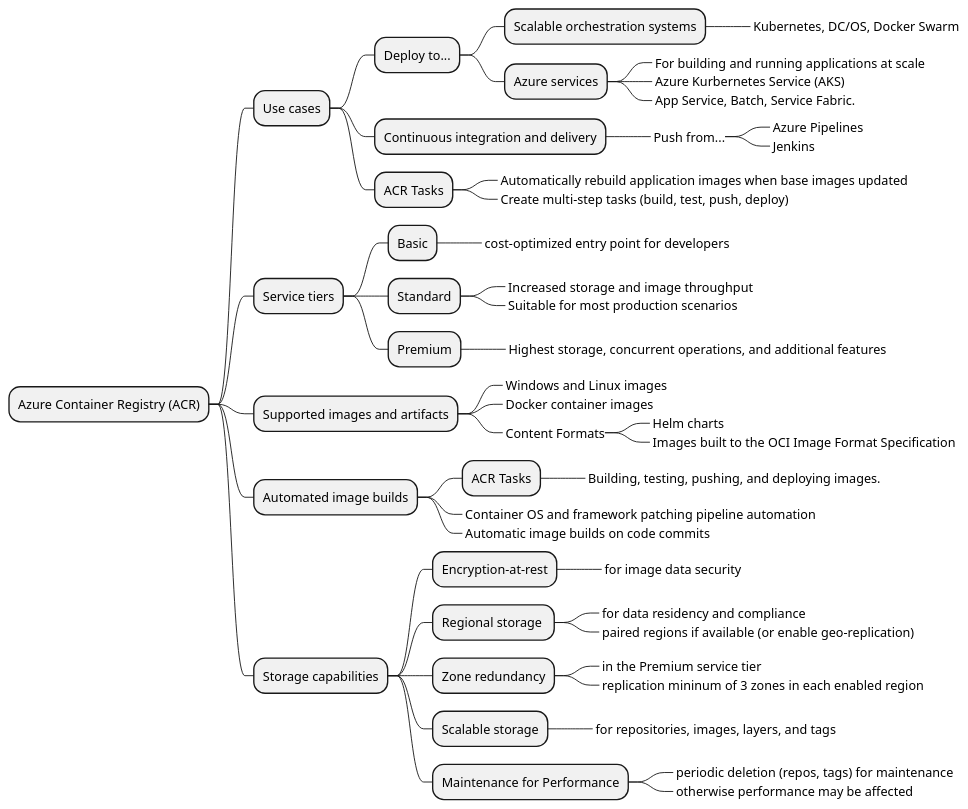
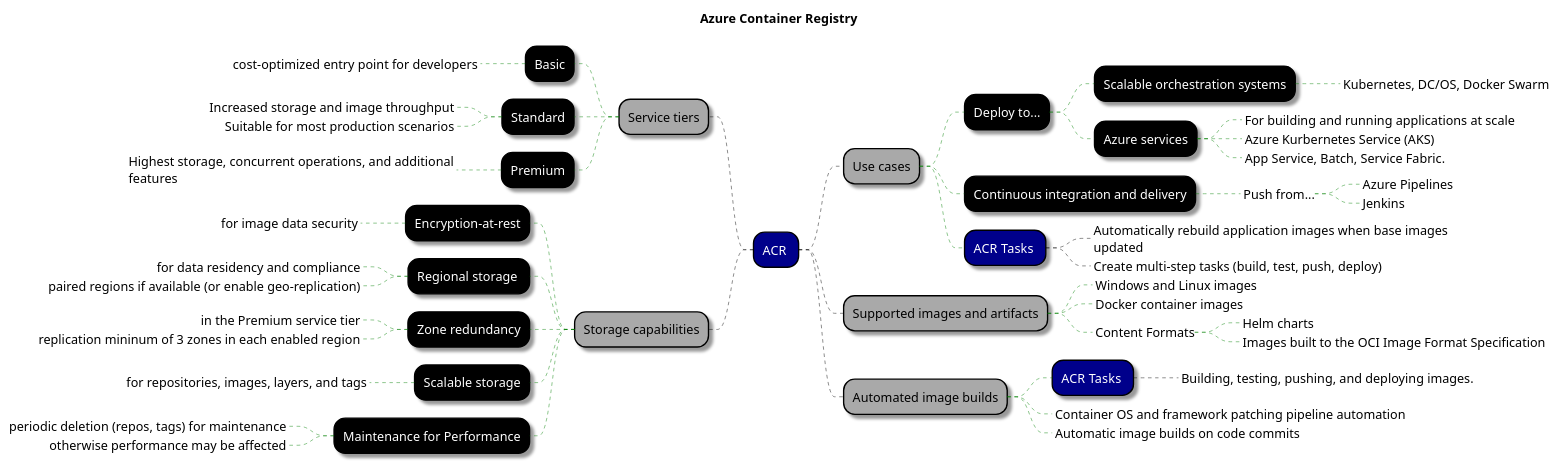
The diagram in 03 - containerized-solutions/diagrams/container-registry.plantuml (bobbyache/AZ-204), drawn with PlantUML before and after one commit. The commit also changed 6 other files, not shown here.

```diff
--- a/03 - containerized-solutions/diagrams/container-registry.plantuml
+++ b/03 - containerized-solutions/diagrams/container-registry.plantuml
@@ -1,54 +1,98 @@
-@startmindmap
+@startmindmap "Azure Container Registry"
 
-+ Azure Container Registry (ACR)
+title Azure Container Registry
+
+<style>
+    mindMapDiagram {
+        .root {
+            BackgroundColor darkblue
+            LineColor black
+            FontColor white
+        }
+
+        node {
+            FontColor white
+            LineColor black
+            BackgroundColor black
+            Shadowing 2.0
+            RoundCorner 25
+        }
+        :depth(0) {
+            FontColor black
+            LineColor white
+            BackgroundColor white
+            Shadowing 0.0
+        }
+        :depth(1) {
+            FontColor black
+            BackgroundColor darkgrey
+            Shadowing 2.0
+        }
+
+        arrow {
+            LineStyle 4
+            LineThickness 0.5
+            LineColor green
+        }
+
+        boxless {
+            FontColor black
+            Margin 10
+            Padding 10
+            MaximumWidth 400
+        }
+    }
+</style>
+
++ ACR <<root>>
 ++ Use cases
 +++ Deploy to...
 ++++ Scalable orchestration systems
 +++++_ Kubernetes, DC/OS, Docker Swarm
 ++++ Azure services
 +++++_ For building and running applications at scale
 +++++_ Azure Kurbernetes Service (AKS)
 +++++_ App Service, Batch, Service Fabric.
 +++ Continuous integration and delivery
 ++++_ Push from...
 +++++_ Azure Pipelines
 +++++_ Jenkins
-+++ ACR Tasks
++++ ACR Tasks <<root>>
 ++++_ Automatically rebuild application images when base images updated
 ++++_ Create multi-step tasks (build, test, push, deploy)
-++ Service tiers
-+++ Basic
-++++_ cost-optimized entry point for developers
-+++ Standard
-++++_ Increased storage and image throughput
-++++_ Suitable for most production scenarios
-+++ Premium
-++++_ Highest storage, concurrent operations, and additional features
+-- Service tiers
+--- Basic
+----_ cost-optimized entry point for developers
+--- Standard
+----_ Increased storage and image throughput
+----_ Suitable for most production scenarios
+--- Premium
+----_ Highest storage, concurrent operations, and additional features
 
 ++ Supported images and artifacts
 +++_ Windows and Linux images
 +++_ Docker container images
 +++_ Content Formats
 ++++_ Helm charts
 ++++_ Images built to the OCI Image Format Specification
 ++ Automated image builds
-+++ ACR Tasks
++++ ACR Tasks <<root>>
 ++++_ Building, testing, pushing, and deploying images.
 +++_ Container OS and framework patching pipeline automation
 +++_ Automatic image builds on code commits
-++ Storage capabilities
-+++ Encryption-at-rest
-++++_ for image data security
-+++ Regional storage 
-++++_ for data residency and compliance
-++++_ paired regions if available (or enable geo-replication)
-+++ Zone redundancy
-++++_ in the Premium service tier
-++++_ replication mininum of 3 zones in each enabled region
-+++ Scalable storage
-++++_ for repositories, images, layers, and tags
-+++ Maintenance for Performance
-++++_ periodic deletion (repos, tags) for maintenance
-++++_ otherwise performance may be affected
+-- Storage capabilities
+--- Encryption-at-rest
+----_ for image data security
+--- Regional storage 
+----_ for data residency and compliance
+----_ paired regions if available (or enable geo-replication)
+--- Zone redundancy
+----_ in the Premium service tier
+----_ replication mininum of 3 zones in each enabled region
+--- Scalable storage
+----_ for repositories, images, layers, and tags
+--- Maintenance for Performance
+----_ periodic deletion (repos, tags) for maintenance
+----_ otherwise performance may be affected
 
 @endmindmap
```
